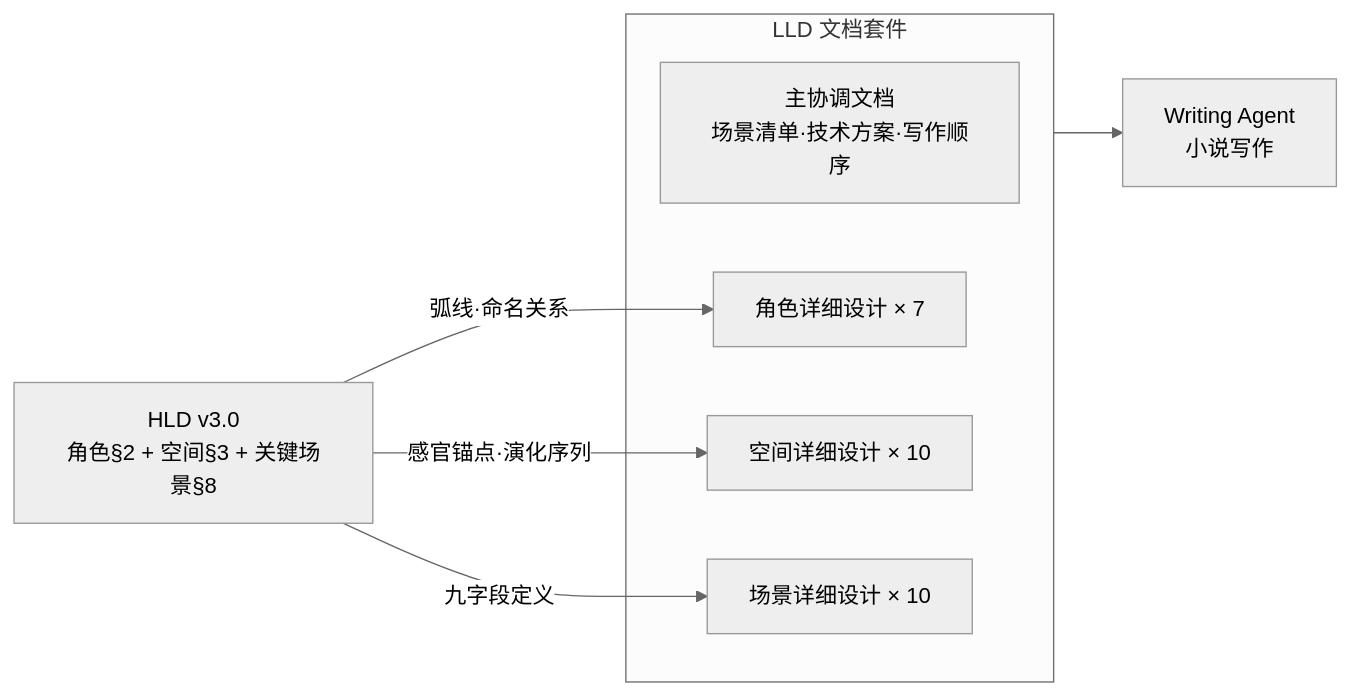
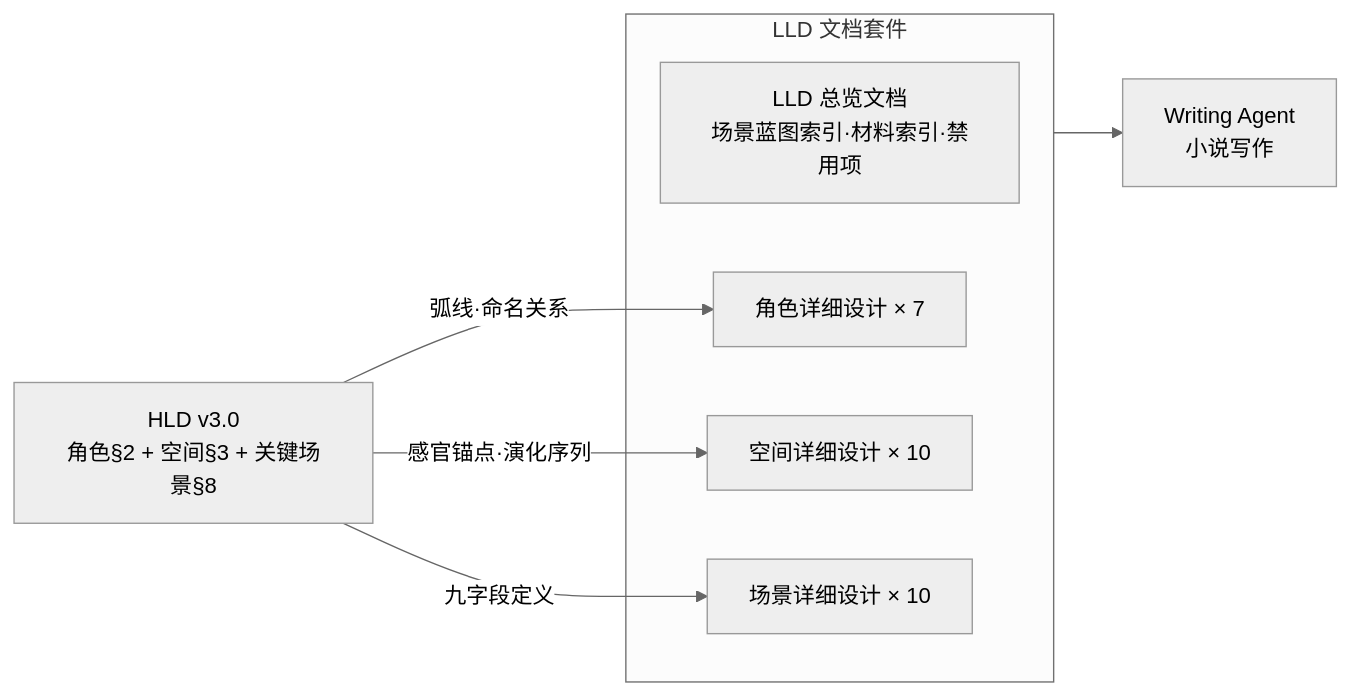
One commit to innuama-coder/ai-novels changed the diagram in skills/novel-lld-writer/SKILL.md. Above: the diagram before and after it, drawn with Mermaid (neutral theme). The commit also changed other lines of this file and 50 other files, not shown here.

````diff
--- a/skills/novel-lld-writer/SKILL.md
+++ b/skills/novel-lld-writer/SKILL.md
@@ -322,17 +450,17 @@
 ```mermaid
 flowchart LR
     HLD[HLD v3.0<br/>角色§2 + 空间§3 + 关键场景§8]
     
     subgraph LLD_SET[LLD 文档套件]
-        LLD_MAIN[主协调文档<br/>场景清单·技术方案·写作顺序]
+        LLD_MAIN[LLD 总览文档<br/>场景蓝图索引·材料索引·禁用项]
         LLD_CHAR[角色详细设计 × 7]
         LLD_SPACE[空间详细设计 × 10]
         LLD_SCENE[场景详细设计 × 10]
     end
     
     HLD -->|弧线·命名关系| LLD_CHAR
     HLD -->|感官锚点·演化序列| LLD_SPACE
     HLD -->|九字段定义| LLD_SCENE
     
     LLD_SET --> Writing[Writing Agent<br/>小说写作]
 ```
````
